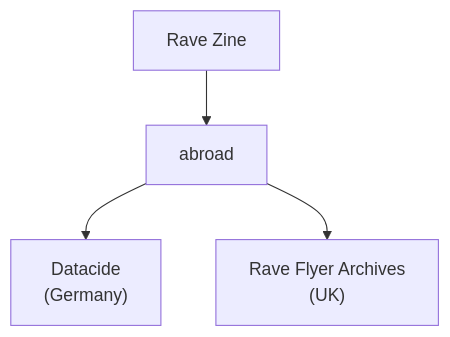
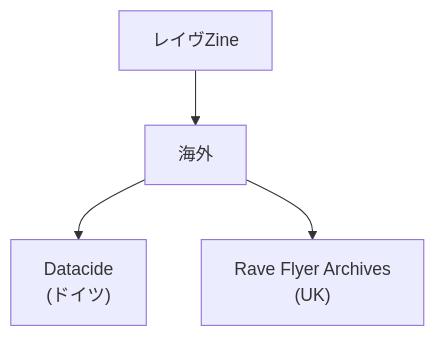
The diagram in en/_posts/2025-09-29-Column-Rave-Zine-Save.md (monumental-movement/monumental-movement.github.io), drawn with Mermaid before and after one commit. The commit also changed other lines of this file and 775 other files, not shown here.

```diff
--- a/en/_posts/2025-09-29-Column-Rave-Zine-Save.md
+++ b/en/_posts/2025-09-29-Column-Rave-Zine-Save.md
@@ -96,8 +96,8 @@
 <div class="mermaid">
 flowchart TD
 
-    A["Rave Zine"] --> B["abroad"]
+    A["レイヴZine"] --> B["海外"]
     
-    B --> B1["Datacide<br>(Germany)"]
+    B --> B1["Datacide<br>(ドイツ)"]
     B --> B2["Rave Flyer Archives<br>(UK)"]
 </div>
```
